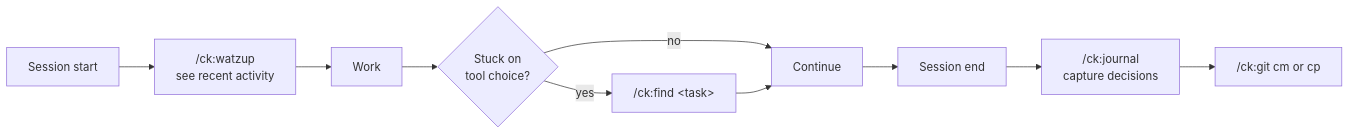
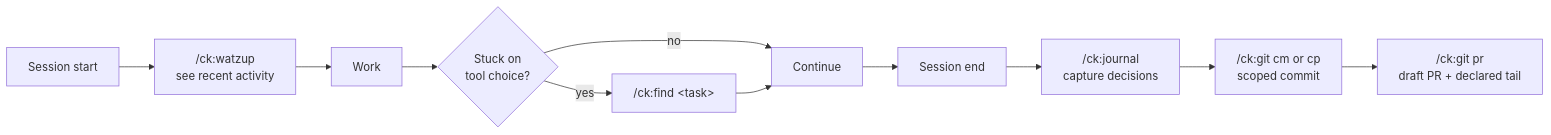
One commit to trungdo9/ClauKit changed the eighth of 10 diagrams in README.md. Above: the diagram before and after it, drawn with Mermaid. The commit also changed other lines of this file and 82 other files, not shown here.

````diff
--- a/README.md
+++ b/README.md
@@ -265,12 +271,13 @@
 ```mermaid
 flowchart LR
     A[Session start] --> B["/ck:watzup<br/>see recent activity"]
     B --> C[Work]
     C --> D{Stuck on<br/>tool choice?}
     D -->|yes| E["/ck:find &lt;task&gt;"]
     D -->|no| F[Continue]
     E --> F
     F --> G[Session end]
     G --> H["/ck:journal<br/>capture decisions"]
-    H --> I["/ck:git cm or cp"]
+    H --> I["/ck:git cm or cp<br/>scoped commit"]
+    I --> J["/ck:git pr<br/>draft PR + declared tail"]
 ```
````
